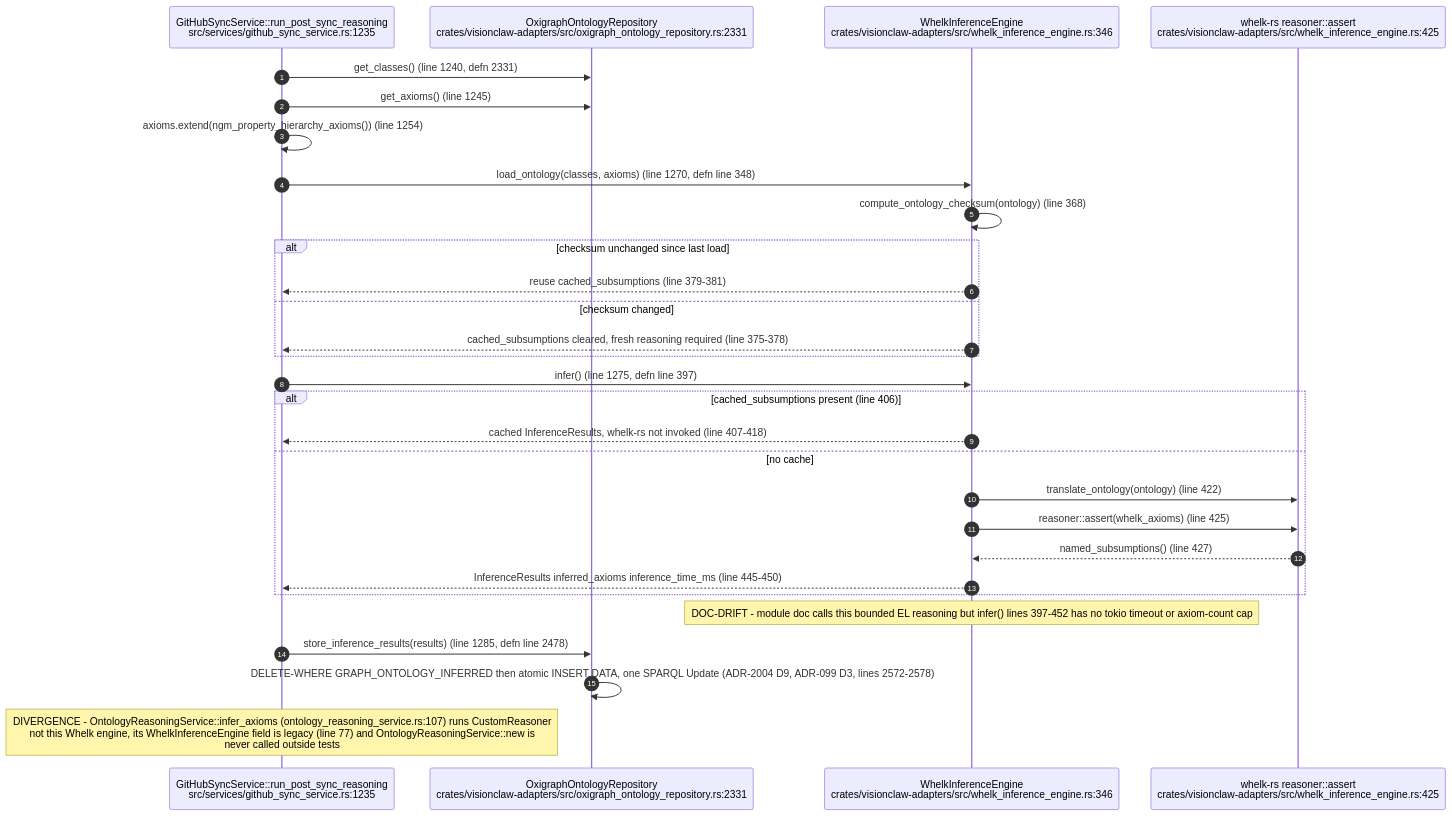
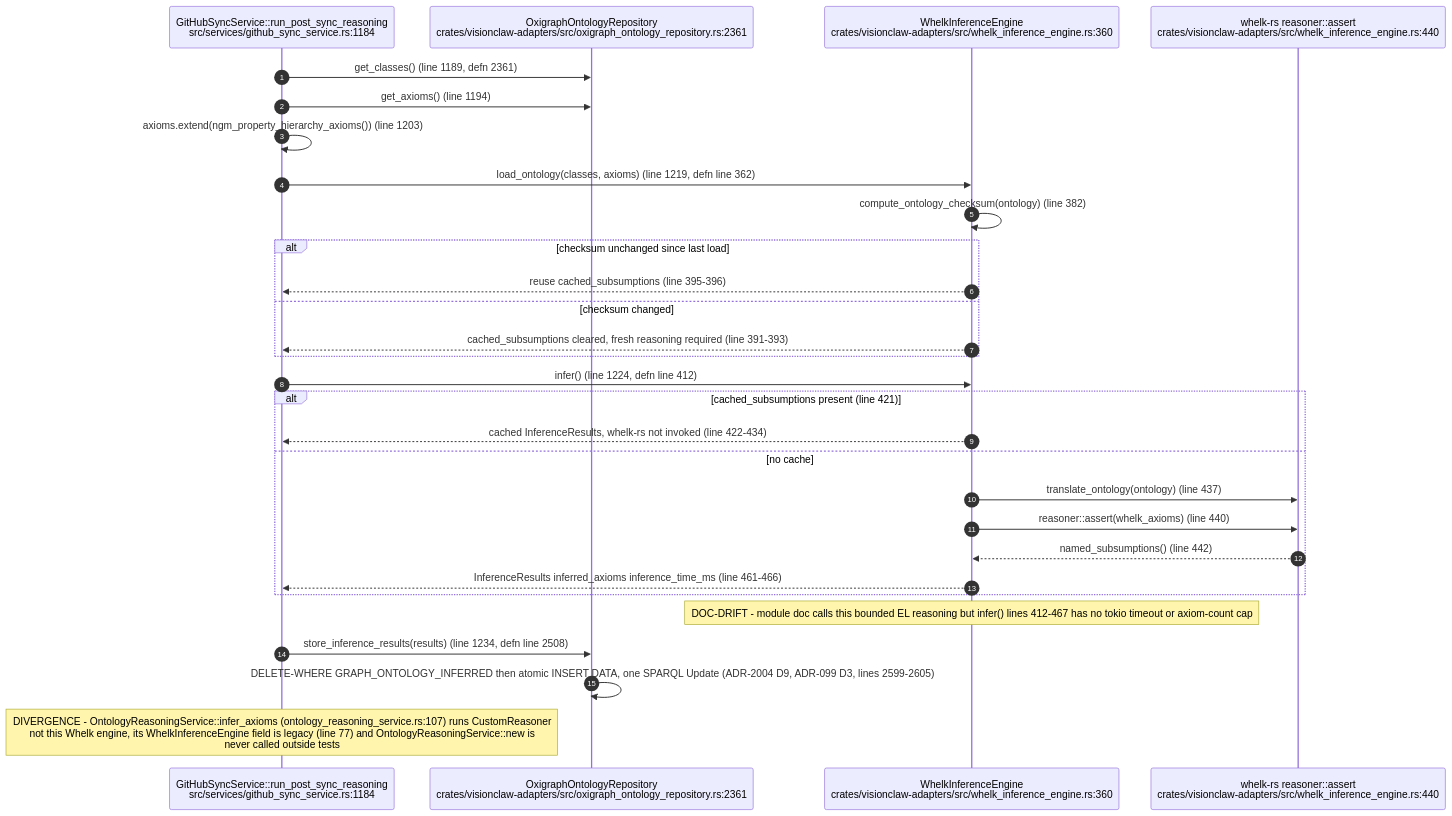
One commit to DreamLab-AI/VisionFlow changed the fourth of 9 diagrams in docs/diagrams/visionclaw/20-ontology-pipeline-oxigraph-whelk.md. Above: the diagram before and after it, drawn with Mermaid. The commit also changed other lines of this file and 111 other files, not shown here.

Commit message:
docs(diagrams): align estate maps with current source

````diff
--- a/docs/diagrams/visionclaw/20-ontology-pipeline-oxigraph-whelk.md
+++ b/docs/diagrams/visionclaw/20-ontology-pipeline-oxigraph-whelk.md
@@ -127,32 +127,32 @@
 ```mermaid
 sequenceDiagram
     autonumber
-    participant Sync as GitHubSyncService::run_post_sync_reasoning<br/>src/services/github_sync_service.rs:1235
-    participant Repo as OxigraphOntologyRepository<br/>crates/visionclaw-adapters/src/oxigraph_ontology_repository.rs:2331
-    participant Engine as WhelkInferenceEngine<br/>crates/visionclaw-adapters/src/whelk_inference_engine.rs:346
-    participant Whelk as whelk-rs reasoner::assert<br/>crates/visionclaw-adapters/src/whelk_inference_engine.rs:425
+    participant Sync as GitHubSyncService::run_post_sync_reasoning<br/>src/services/github_sync_service.rs:1184
+    participant Repo as OxigraphOntologyRepository<br/>crates/visionclaw-adapters/src/oxigraph_ontology_repository.rs:2361
+    participant Engine as WhelkInferenceEngine<br/>crates/visionclaw-adapters/src/whelk_inference_engine.rs:360
+    participant Whelk as whelk-rs reasoner::assert<br/>crates/visionclaw-adapters/src/whelk_inference_engine.rs:440
 
-    Sync->>Repo: get_classes() (line 1240, defn 2331)
-    Sync->>Repo: get_axioms() (line 1245)
-    Sync->>Sync: axioms.extend(ngm_property_hierarchy_axioms()) (line 1254)
-    Sync->>Engine: load_ontology(classes, axioms) (line 1270, defn line 348)
-    Engine->>Engine: compute_ontology_checksum(ontology) (line 368)
+    Sync->>Repo: get_classes() (line 1189, defn 2361)
+    Sync->>Repo: get_axioms() (line 1194)
+    Sync->>Sync: axioms.extend(ngm_property_hierarchy_axioms()) (line 1203)
+    Sync->>Engine: load_ontology(classes, axioms) (line 1219, defn line 362)
+    Engine->>Engine: compute_ontology_checksum(ontology) (line 382)
     alt checksum unchanged since last load
-        Engine-->>Sync: reuse cached_subsumptions (line 379-381)
+        Engine-->>Sync: reuse cached_subsumptions (line 395-396)
     else checksum changed
-        Engine-->>Sync: cached_subsumptions cleared, fresh reasoning required (line 375-378)
+        Engine-->>Sync: cached_subsumptions cleared, fresh reasoning required (line 391-393)
     end
-    Sync->>Engine: infer() (line 1275, defn line 397)
-    alt cached_subsumptions present (line 406)
-        Engine-->>Sync: cached InferenceResults, whelk-rs not invoked (line 407-418)
+    Sync->>Engine: infer() (line 1224, defn line 412)
+    alt cached_subsumptions present (line 421)
+        Engine-->>Sync: cached InferenceResults, whelk-rs not invoked (line 422-434)
     else no cache
-        Engine->>Whelk: translate_ontology(ontology) (line 422)
-        Engine->>Whelk: reasoner::assert(whelk_axioms) (line 425)
-        Whelk-->>Engine: named_subsumptions() (line 427)
-        Engine-->>Sync: InferenceResults inferred_axioms inference_time_ms (line 445-450)
+        Engine->>Whelk: translate_ontology(ontology) (line 437)
+        Engine->>Whelk: reasoner::assert(whelk_axioms) (line 440)
+        Whelk-->>Engine: named_subsumptions() (line 442)
+        Engine-->>Sync: InferenceResults inferred_axioms inference_time_ms (line 461-466)
     end
-    Note over Engine: DOC-DRIFT - module doc calls this bounded EL reasoning but infer() lines 397-452 has no tokio timeout or axiom-count cap
-    Sync->>Repo: store_inference_results(results) (line 1285, defn line 2478)
-    Repo->>Repo: DELETE-WHERE GRAPH_ONTOLOGY_INFERRED then atomic INSERT DATA, one SPARQL Update (ADR-2004 D9, ADR-099 D3, lines 2572-2578)
+    Note over Engine: DOC-DRIFT - module doc calls this bounded EL reasoning but infer() lines 412-467 has no tokio timeout or axiom-count cap
+    Sync->>Repo: store_inference_results(results) (line 1234, defn line 2508)
+    Repo->>Repo: DELETE-WHERE GRAPH_ONTOLOGY_INFERRED then atomic INSERT DATA, one SPARQL Update (ADR-2004 D9, ADR-099 D3, lines 2599-2605)
     Note over Sync: DIVERGENCE - OntologyReasoningService::infer_axioms (ontology_reasoning_service.rs:107) runs CustomReasoner<br/>not this Whelk engine, its WhelkInferenceEngine field is legacy (line 77) and OntologyReasoningService::new is<br/>never called outside tests
 ```
````
